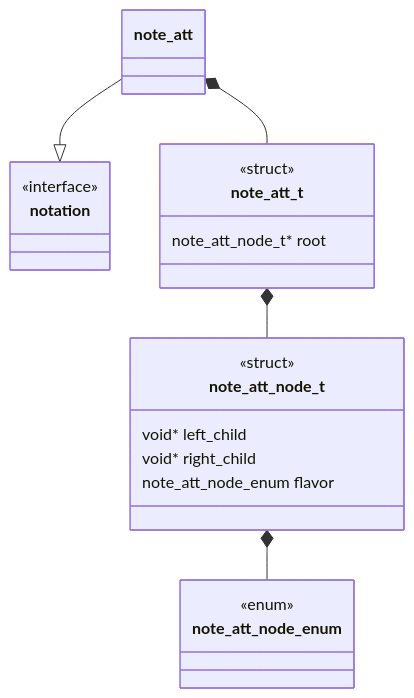
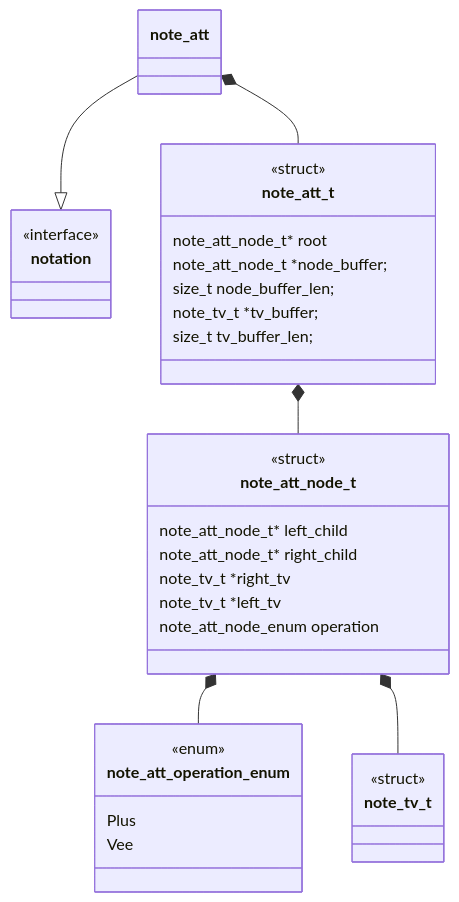
One commit to Uiowa-Applied-Topology/tanglenomicon_core_libraries changed the first of 5 diagrams in source/note-algebraic_tangle_tree/unit-description.md. Above: the diagram before and after it, drawn with Mermaid. The commit also changed other lines of this file and 4 other files, not shown here.

````diff
--- a/source/note-algebraic_tangle_tree/unit-description.md
+++ b/source/note-algebraic_tangle_tree/unit-description.md
@@ -3,29 +5,41 @@
 ```mermaid
 classDiagram
     note_att --|> notation
     note_att *-- note_att_t
     note_att_t *-- note_att_node_t
-    note_att_node_t *-- note_att_node_enum
+    note_att_node_t *-- note_att_operation_enum
+    note_att_node_t *-- note_tv_t
 
     class note_att_t {
         <<struct>>
         note_att_node_t* root
+        note_att_node_t *node_buffer;
+        size_t node_buffer_len;
+        note_tv_t *tv_buffer;
+        size_t tv_buffer_len;
     }
 
-    class note_att_node_enum {
+    class note_att_operation_enum {
         <<enum>>
+        Plus
+        Vee
     }
 
     class note_att_node_t {
         <<struct>>
-        void* left_child
-        void* right_child
-        note_att_node_enum flavor
+        note_att_node_t* left_child
+        note_att_node_t* right_child
+        note_tv_t *right_tv
+        note_tv_t *left_tv
+        note_att_node_enum operation
     }
 
     class notation {
         <<interface>>
     }
 
+    class note_tv_t {
+        <<struct>>
+    }
 
 ```
````
